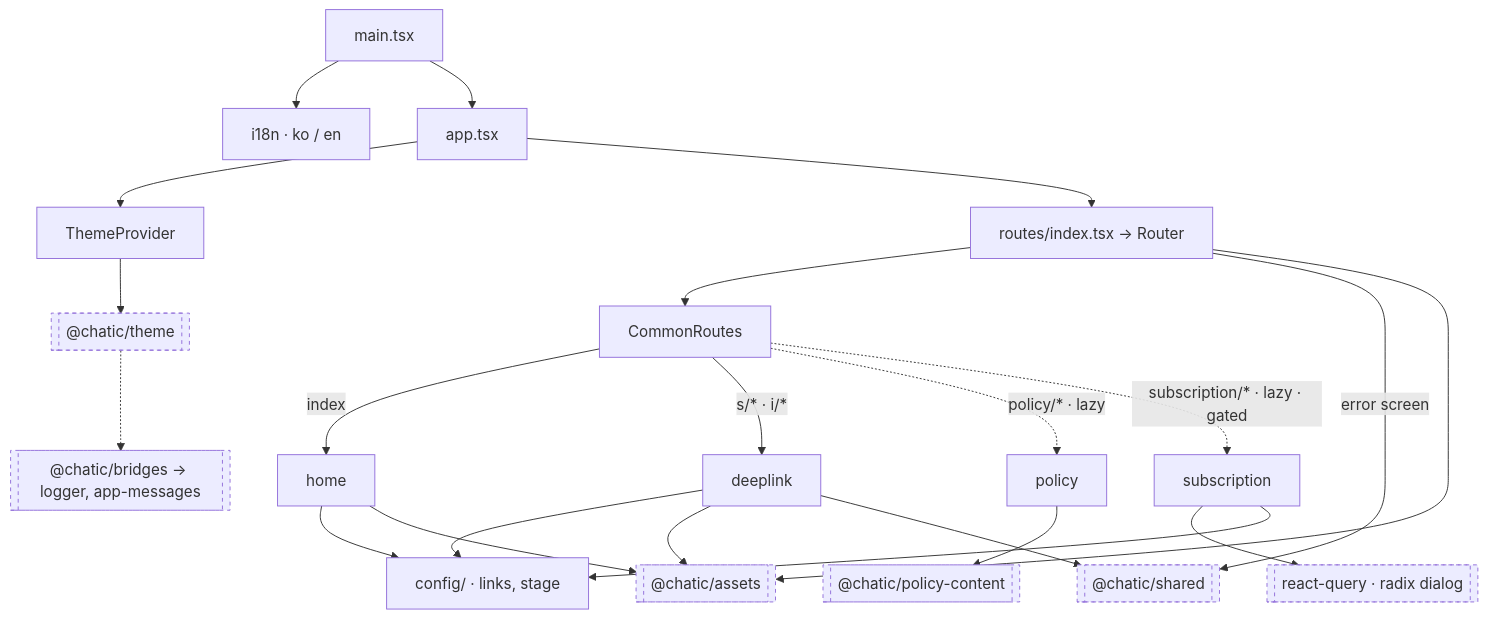
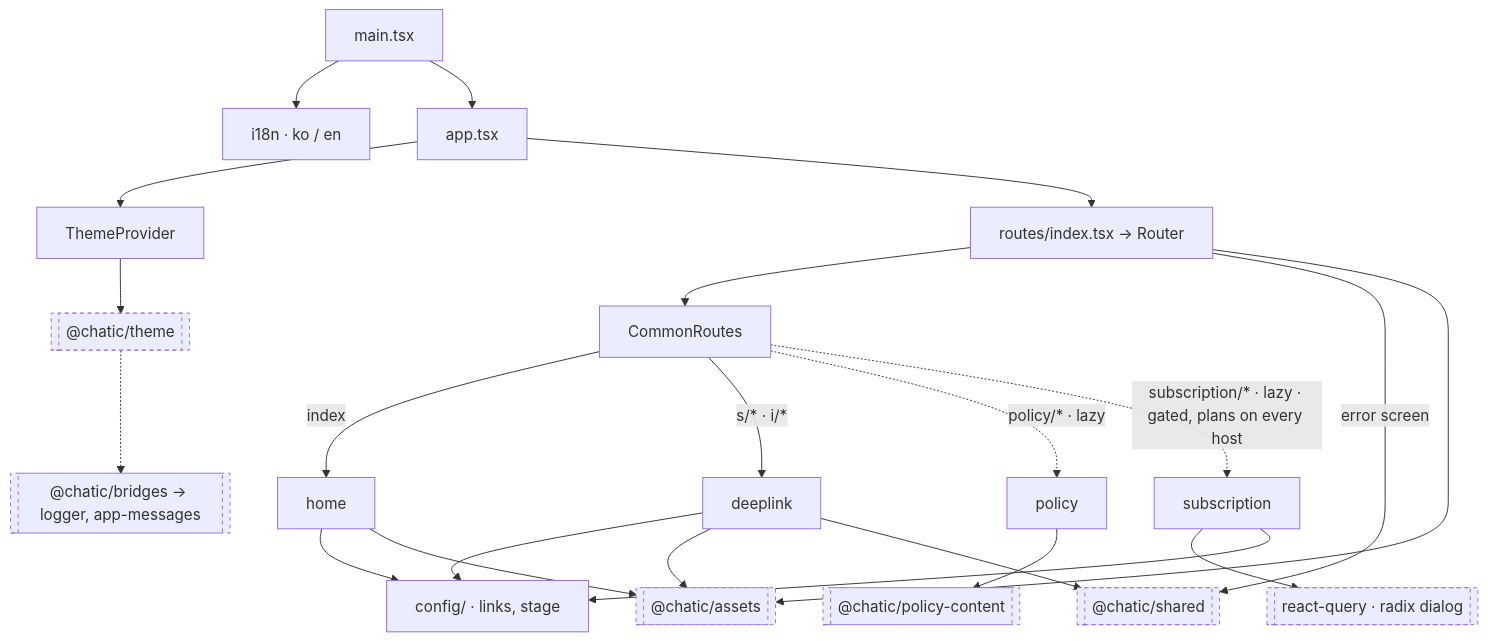
One commit to lemoncloud-io/dou-app changed the diagram in apps/landing/README.md. Above: the diagram before and after it, drawn with Mermaid. The commit also changed other lines of this file and 24 other files, not shown here.

First line of the commit message:
feat(landing): list the plans on every host so the prices can be reviewed before checkout opens

````diff
--- a/apps/landing/README.md
+++ b/apps/landing/README.md
@@ -127,27 +134,27 @@
 ```mermaid
 flowchart TD
     main[main.tsx] --> i18n[i18n · ko / en]
     main --> App[app.tsx]
     App --> TP[ThemeProvider]
     App --> R[routes/index.tsx → Router]
     R --> CR[CommonRoutes]
     R -->|error screen| SH[["@chatic/shared"]]
     R --> AS
     CR -->|index| HO[home]
     CR -->|s/* · i/*| DL[deeplink]
     CR -.->|policy/* · lazy| PO[policy]
-    CR -.->|subscription/* · lazy · gated| SU[subscription]
+    CR -.->|subscription/* · lazy · gated, plans on every host| SU[subscription]
     SU --> RQ[[react-query · radix dialog]]
     SU --> CFG
     HO --> CFG[config/ · links, stage]
     DL --> CFG
     PO --> PC[["@chatic/policy-content"]]
     TP --> TH[["@chatic/theme"]]
     HO --> AS[["@chatic/assets"]]
     DL --> AS
     DL --> SH
     TH -.-> BR[["@chatic/bridges → logger, app-messages"]]
 
     classDef ext stroke-dasharray: 4 4;
     class PC,TH,AS,SH,BR,RQ ext;
 ```
````
